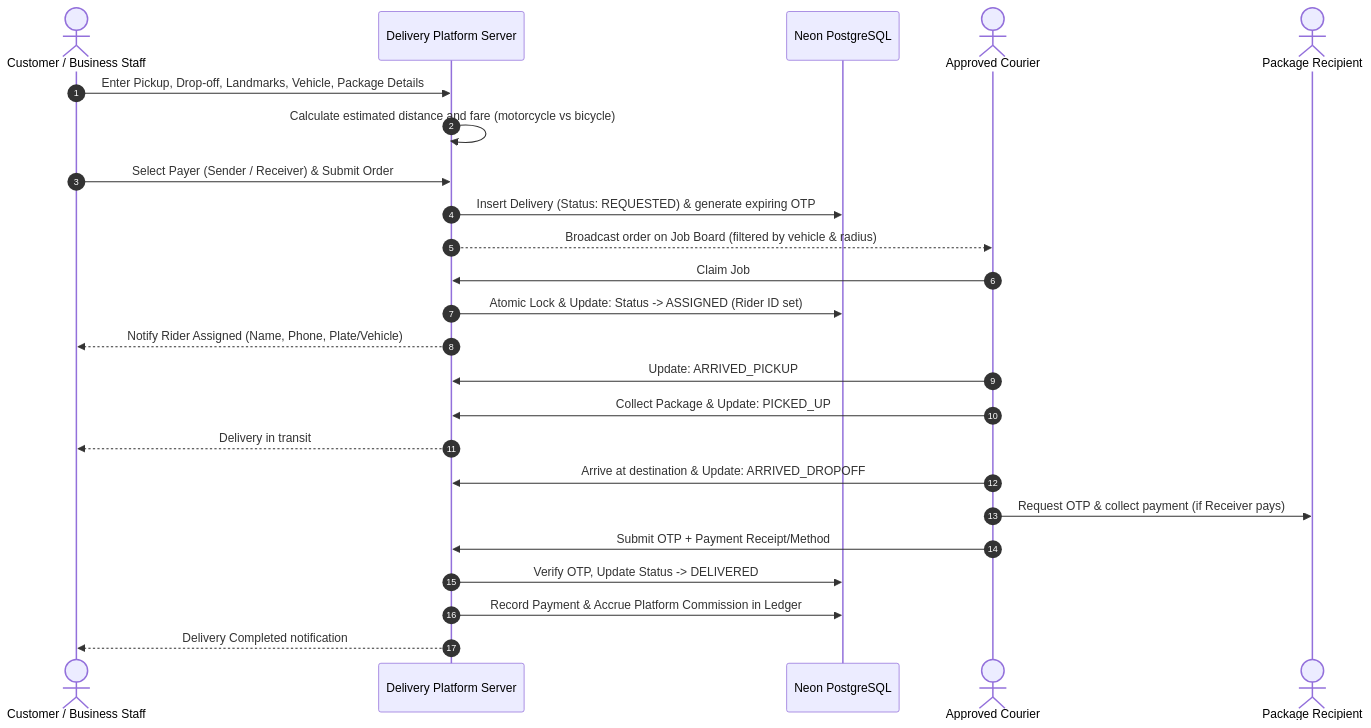
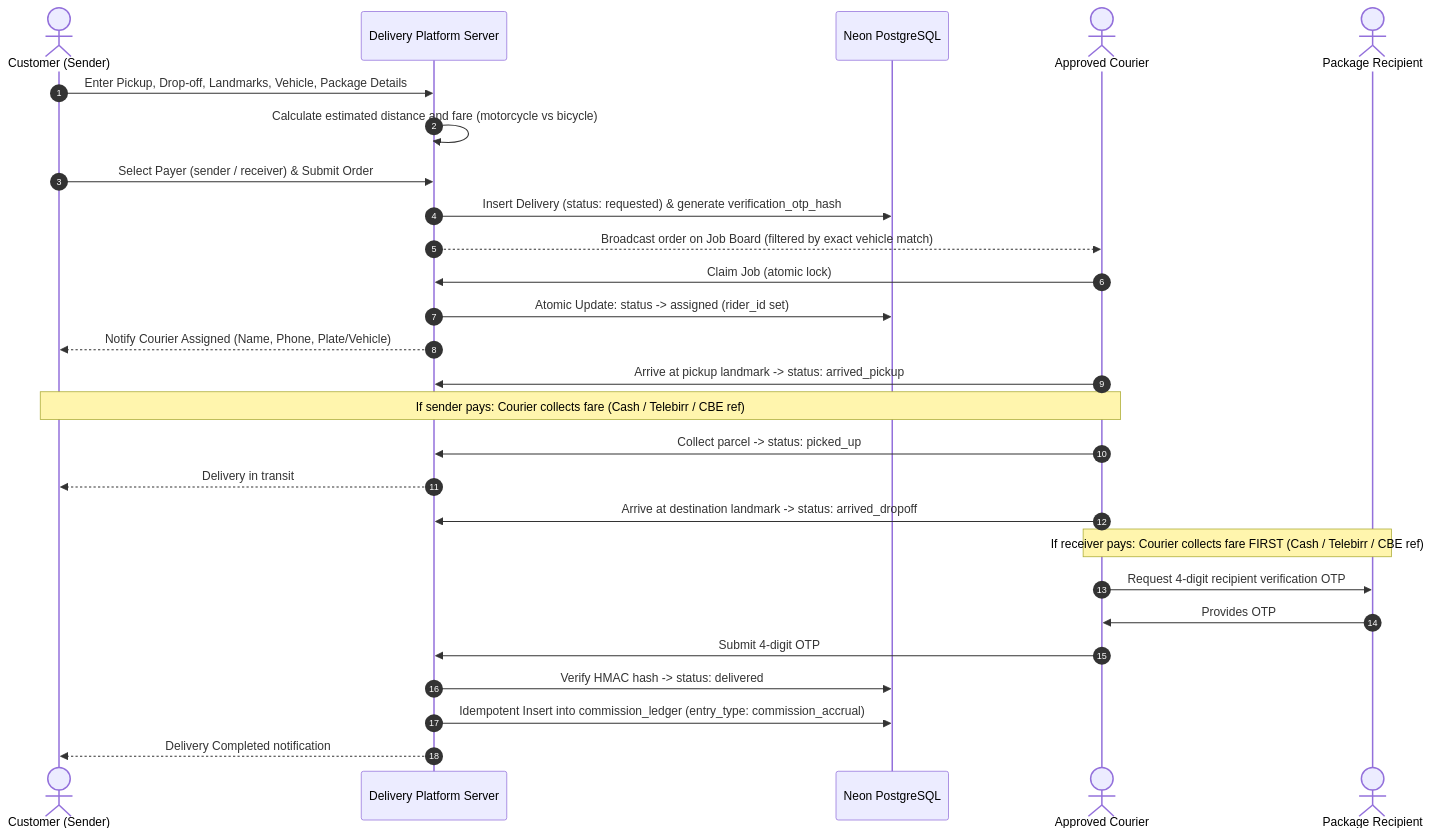
One commit to NahoooMac/Delivery_App changed the second of 3 diagrams in docs/MVP_SPEC_UPDATED.md. Above: the diagram before and after it, drawn with Mermaid. The commit also changed other lines of this file and 5 other files, not shown here.

Commit message:
docs: finalize MVP architecture, database design, and UX core screen flows

````diff
--- a/docs/MVP_SPEC_UPDATED.md
+++ b/docs/MVP_SPEC_UPDATED.md
@@ -82,27 +82,30 @@
 ```mermaid
 sequenceDiagram
     autonumber
-    actor Requester as Customer / Business Staff
+    actor Requester as Customer (Sender)
     participant System as Delivery Platform Server
     participant DB as Neon PostgreSQL
-    actor Rider as Approved Courier
+    actor Courier as Approved Courier
     actor Recipient as Package Recipient
 
     Requester->>System: Enter Pickup, Drop-off, Landmarks, Vehicle, Package Details
     System->>System: Calculate estimated distance and fare (motorcycle vs bicycle)
-    Requester->>System: Select Payer (Sender / Receiver) & Submit Order
-    System->>DB: Insert Delivery (Status: REQUESTED) & generate expiring OTP
-    System-->>Rider: Broadcast order on Job Board (filtered by vehicle & radius)
-    Rider->>System: Claim Job
-    System->>DB: Atomic Lock & Update: Status -> ASSIGNED (Rider ID set)
-    System-->>Requester: Notify Rider Assigned (Name, Phone, Plate/Vehicle)
-    Rider->>System: Update: ARRIVED_PICKUP
-    Rider->>System: Collect Package & Update: PICKED_UP
+    Requester->>System: Select Payer (sender / receiver) & Submit Order
+    System->>DB: Insert Delivery (status: requested) & generate verification_otp_hash
+    System-->>Courier: Broadcast order on Job Board (filtered by exact vehicle match)
+    Courier->>System: Claim Job (atomic lock)
+    System->>DB: Atomic Update: status -> assigned (rider_id set)
+    System-->>Requester: Notify Courier Assigned (Name, Phone, Plate/Vehicle)
+    Courier->>System: Arrive at pickup landmark -> status: arrived_pickup
+    Note over Requester,Courier: If sender pays: Courier collects fare (Cash / Telebirr / CBE ref)
+    Courier->>System: Collect parcel -> status: picked_up
     System-->>Requester: Delivery in transit
-    Rider->>System: Arrive at destination & Update: ARRIVED_DROPOFF
-    Rider->>Recipient: Request OTP & collect payment (if Receiver pays)
-    Rider->>System: Submit OTP + Payment Receipt/Method
-    System->>DB: Verify OTP, Update Status -> DELIVERED
-    System->>DB: Record Payment & Accrue Platform Commission in Ledger
+    Courier->>System: Arrive at destination landmark -> status: arrived_dropoff
+    Note over Courier,Recipient: If receiver pays: Courier collects fare FIRST (Cash / Telebirr / CBE ref)
+    Courier->>Recipient: Request 4-digit recipient verification OTP
+    Recipient->>Courier: Provides OTP
+    Courier->>System: Submit 4-digit OTP
+    System->>DB: Verify HMAC hash -> status: delivered
+    System->>DB: Idempotent Insert into commission_ledger (entry_type: commission_accrual)
     System-->>Requester: Delivery Completed notification
 ```
````
